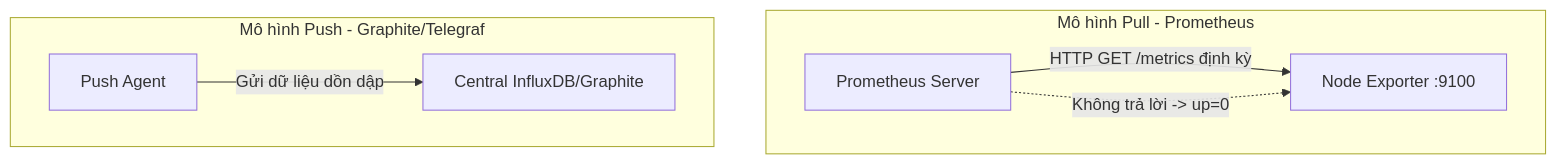
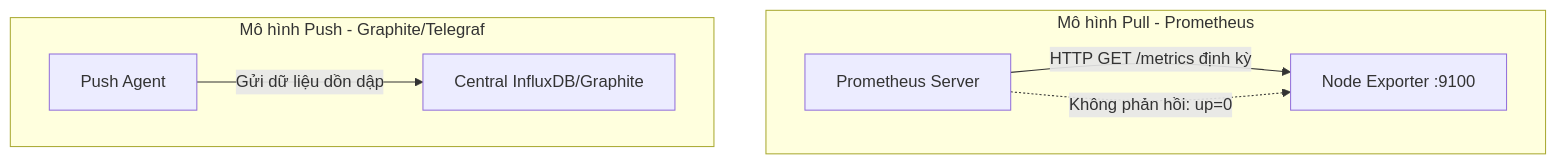
The second of 11 diagrams in report.md (DucPham-it/linux_op_lab1), drawn with Mermaid before and after one commit. The commit also changed other lines of this file, not shown here.

Commit message:
fix(report): fix LaTeX underscore math error and quote Mermaid diagram labels for GitHub rendering

````diff
--- a/report.md
+++ b/report.md
@@ -127,10 +127,10 @@
 ```mermaid
 flowchart TD
-    subgraph Pull_Model [Mô hình Pull - Prometheus]
-        Server1[Prometheus Server] -->|HTTP GET /metrics định kỳ| Target1[Node Exporter :9100]
-        Server1 -.->|Không trả lời -> up=0| Target1
+    subgraph Pull_Model ["Mô hình Pull - Prometheus"]
+        Server1["Prometheus Server"] -->|HTTP GET /metrics định kỳ| Target1["Node Exporter :9100"]
+        Server1 -.->|Không phản hồi: up=0| Target1
     end
-    subgraph Push_Model [Mô hình Push - Graphite/Telegraf]
-        Agent2[Push Agent] -->|Gửi dữ liệu dồn dập| Server2[Central InfluxDB/Graphite]
+    subgraph Push_Model ["Mô hình Push - Graphite/Telegraf"]
+        Agent2["Push Agent"] -->|Gửi dữ liệu dồn dập| Server2["Central InfluxDB/Graphite"]
     end
 ```
````
